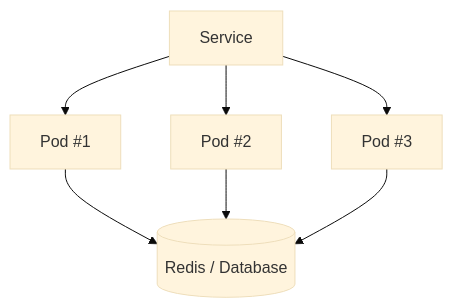
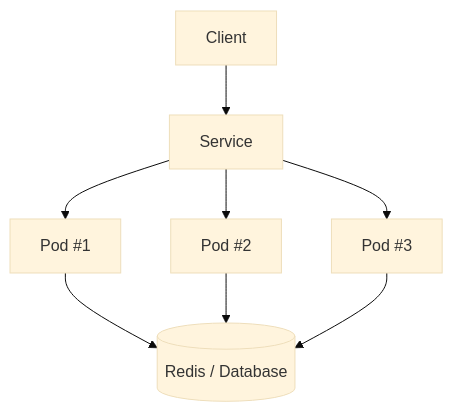
Before and after one commit to jw3418/jw3418.github.io: the ninth of 11 diagrams in _posts/2026-08-24-kubernetes-scalability.md, drawn with Mermaid (base theme). The commit also changed other lines of this file, not shown here.

````diff
--- a/_posts/2026-08-24-kubernetes-scalability.md
+++ b/_posts/2026-08-24-kubernetes-scalability.md
@@ -288,18 +271,20 @@
-```mermaid id="t92ekz"
+```mermaid
 flowchart TB
+    C["Client"]
     S["Service"]
 
     P1["Pod #1"]
     P2["Pod #2"]
     P3["Pod #3"]
 
     R[("Redis / Database")]
 
+    C --> S
     S --> P1
     S --> P2
     S --> P3
 
     P1 --> R
     P2 --> R
     P3 --> R
 ```
````
